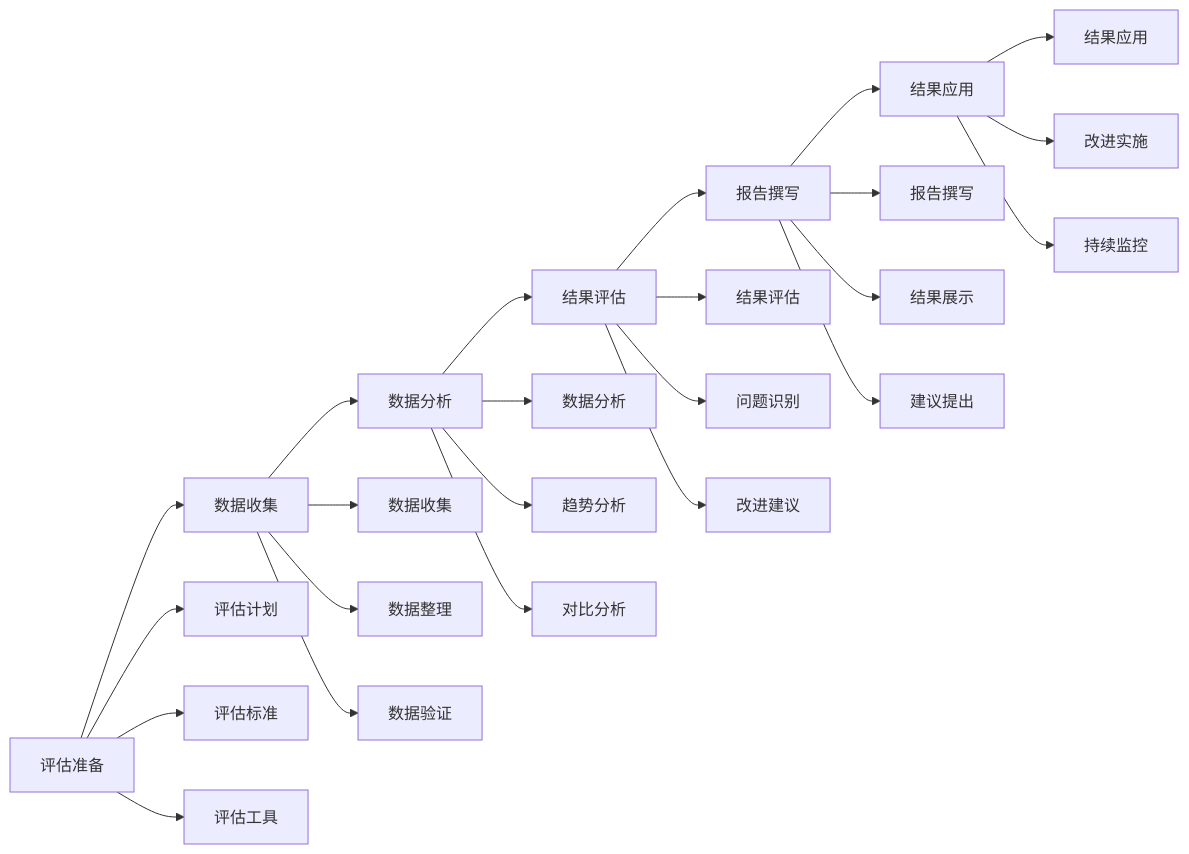
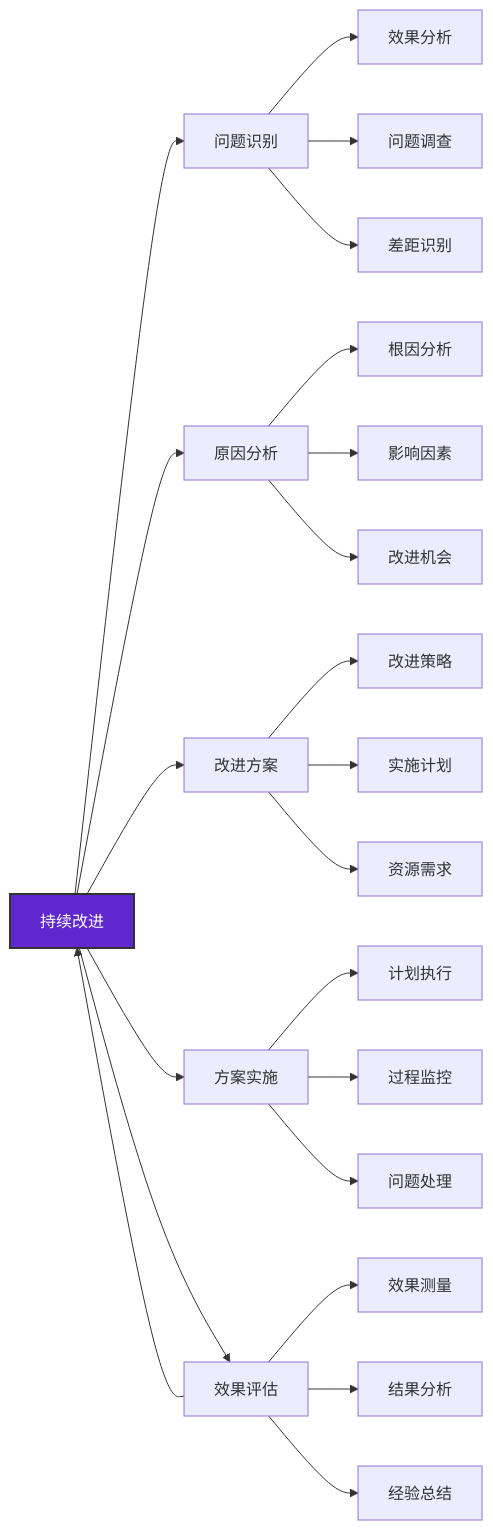
Before and after one commit to Anping2017/obsidian: the tenth of 10 diagrams in 企业领导力/03-能力构建层/核心领导能力/05-变革管理.md, drawn with Mermaid. The commit also changed other lines of this file and 28 other files, not shown here.

````diff
--- a/企业领导力/03-能力构建层/核心领导能力/05-变革管理.md
+++ b/企业领导力/03-能力构建层/核心领导能力/05-变革管理.md
@@ -282,32 +373,31 @@
 ```mermaid
 graph LR
-    A[评估准备] --> B[数据收集]
-    B --> C[数据分析]
-    C --> D[结果评估]
-    D --> E[报告撰写]
-    E --> F[结果应用]
+    A[持续改进] --> B[问题识别]
+    A --> C[原因分析]
+    A --> D[改进方案]
+    A --> E[方案实施]
+    A --> F[效果评估]
+    F --> A
     
-    A --> A1[评估计划]
-    A --> A2[评估标准]
-    A --> A3[评估工具]
+    B --> B1[效果分析]
+    B --> B2[问题调查]
+    B --> B3[差距识别]
     
-    B --> B1[数据收集]
-    B --> B2[数据整理]
-    B --> B3[数据验证]
+    C --> C1[根因分析]
+    C --> C2[影响因素]
+    C --> C3[改进机会]
     
-    C --> C1[数据分析]
-    C --> C2[趋势分析]
-    C --> C3[对比分析]
+    D --> D1[改进策略]
+    D --> D2[实施计划]
+    D --> D3[资源需求]
     
-    D --> D1[结果评估]
-    D --> D2[问题识别]
-    D --> D3[改进建议]
+    E --> E1[计划执行]
+    E --> E2[过程监控]
+    E --> E3[问题处理]
     
-    E --> E1[报告撰写]
-    E --> E2[结果展示]
-    E --> E3[建议提出]
+    F --> F1[效果测量]
+    F --> F2[结果分析]
+    F --> F3[经验总结]
     
-    F --> F1[结果应用]
-    F --> F2[改进实施]
-    F --> F3[持续监控]
+    style A fill:#5f27cd,stroke:#333,stroke-width:2px,color:#fff
 ```
````
